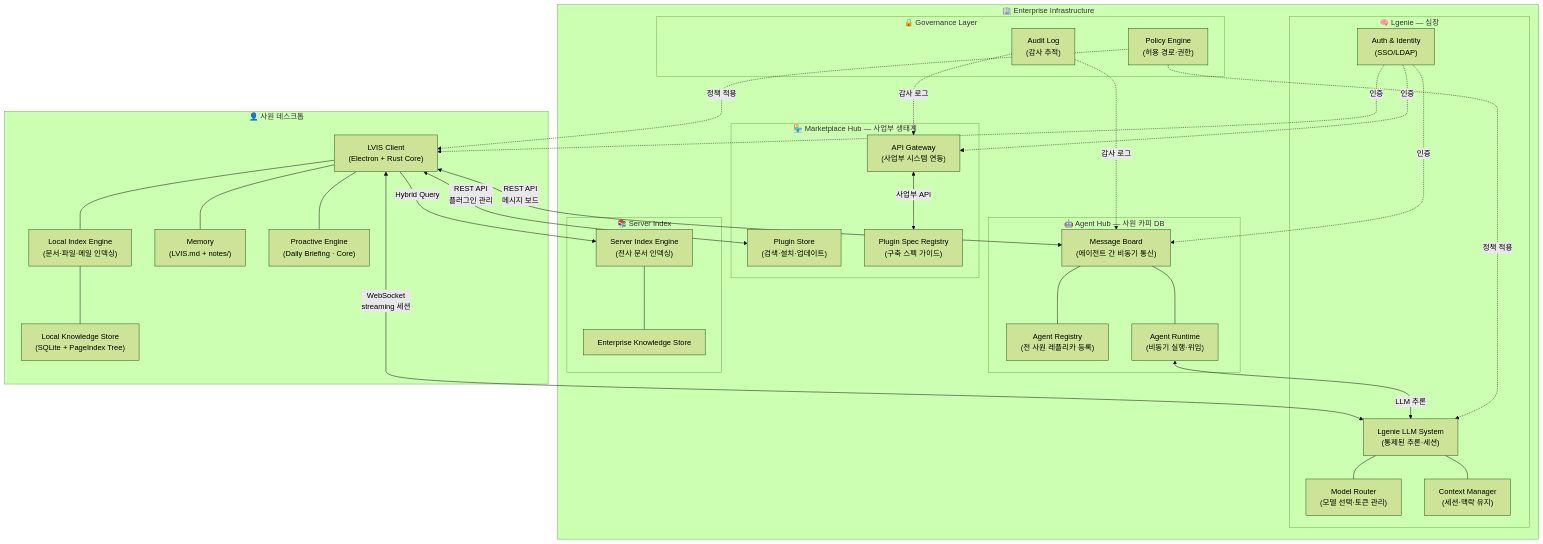
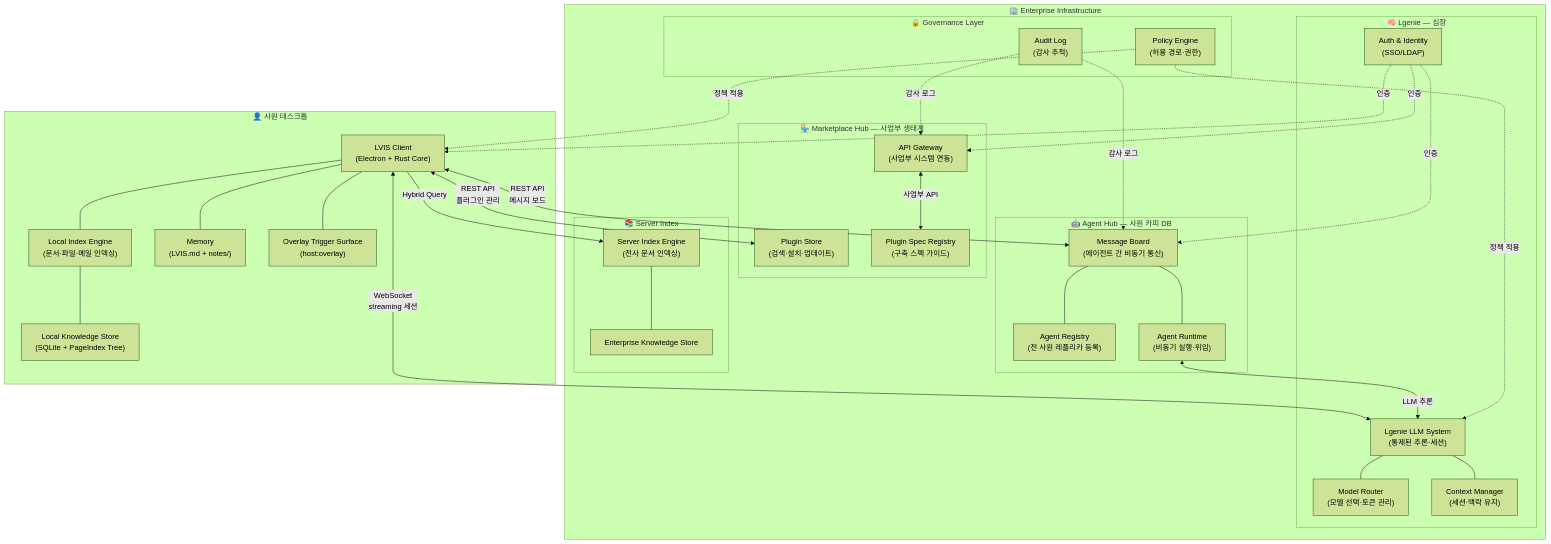
Before and after one commit to lvis-project/lvis-app: the second of 44 diagrams in docs/architecture/architecture.md, drawn with Mermaid (forest theme). The commit also changed other lines of this file and 47 other files, not shown here.

First line of the commit message:
Clarify overlay trigger authority boundaries

````diff
--- a/docs/architecture/architecture.md
+++ b/docs/architecture/architecture.md
@@ -90,65 +90,65 @@
 ```mermaid
 graph TB
     subgraph "👤 사원 데스크톱"
         CLIENT["LVIS Client<br/>(Electron + Rust Core)"]
         LOCAL_IDX["Local Index Engine<br/>(문서·파일·메일 인덱싱)"]
         LOCAL_STORE["Local Knowledge Store<br/>(SQLite + PageIndex Tree)"]
         MEMORY["Memory<br/>(LVIS.md + notes/)"]
-        PROACTIVE["Proactive Engine<br/>(Daily Briefing · Core)"]
+        OVERLAY["Overlay Trigger Surface<br/>(host:overlay)"]
     end
 
     subgraph "🏢 Enterprise Infrastructure"
         subgraph "🧠 Lgenie — 심장"
             LGENIE["Lgenie LLM System<br/>(통제된 추론·세션)"]
             MODEL_ROUTER["Model Router<br/>(모델 선택·토큰 관리)"]
             CONTEXT_MGR["Context Manager<br/>(세션·맥락 유지)"]
             AUTH["Auth & Identity<br/>(SSO/LDAP)"]
         end
 
         subgraph "🤖 Agent Hub — 사원 카피 DB"
             MSG_BOARD["Message Board<br/>(에이전트 간 비동기 통신)"]
             AGENT_REG["Agent Registry<br/>(전 사원 레플리카 등록)"]
             AGENT_RT["Agent Runtime<br/>(비동기 실행·위임)"]
         end
 
         subgraph "🏪 Marketplace Hub — 사업부 생태계"
             PLUGIN_STORE["Plugin Store<br/>(검색·설치·업데이트)"]
             API_GW["API Gateway<br/>(사업부 시스템 연동)"]
             PLUGIN_SPEC["Plugin Spec Registry<br/>(구축 스펙 가이드)"]
         end
 
         subgraph "🔒 Governance Layer"
             AUTH["Auth & Identity<br/>(SSO/LDAP)"]
             AUDIT["Audit Log<br/>(감사 추적)"]
             POLICY["Policy Engine<br/>(허용 경로·권한)"]
         end
 
         subgraph "📚 Server Index"
             SRV_IDX["Server Index Engine<br/>(전사 문서 인덱싱)"]
             SRV_STORE["Enterprise Knowledge Store"]
         end
     end
 
     CLIENT <-->|"WebSocket<br/>streaming 세션"| LGENIE
     CLIENT <-->|"REST API<br/>메시지 보드"| MSG_BOARD
     CLIENT <-->|"REST API<br/>플러그인 관리"| PLUGIN_STORE
     CLIENT -->|"Hybrid Query"| SRV_IDX
     CLIENT --- LOCAL_IDX
     CLIENT --- MEMORY
-    CLIENT --- PROACTIVE
+    CLIENT --- OVERLAY
     LOCAL_IDX --- LOCAL_STORE
     MSG_BOARD --- AGENT_REG
     MSG_BOARD --- AGENT_RT
     AGENT_RT <-->|"LLM 추론"| LGENIE
     API_GW <-->|"사업부 API"| PLUGIN_SPEC
     SRV_IDX --- SRV_STORE
     AUTH -.->|"인증"| CLIENT
     AUTH -.->|"인증"| MSG_BOARD
     AUTH -.->|"인증"| API_GW
     POLICY -.->|"정책 적용"| CLIENT
     POLICY -.->|"정책 적용"| LGENIE
     AUDIT -.->|"감사 로그"| MSG_BOARD
     AUDIT -.->|"감사 로그"| API_GW
     LGENIE --- MODEL_ROUTER
     LGENIE --- CONTEXT_MGR
 ```
````
